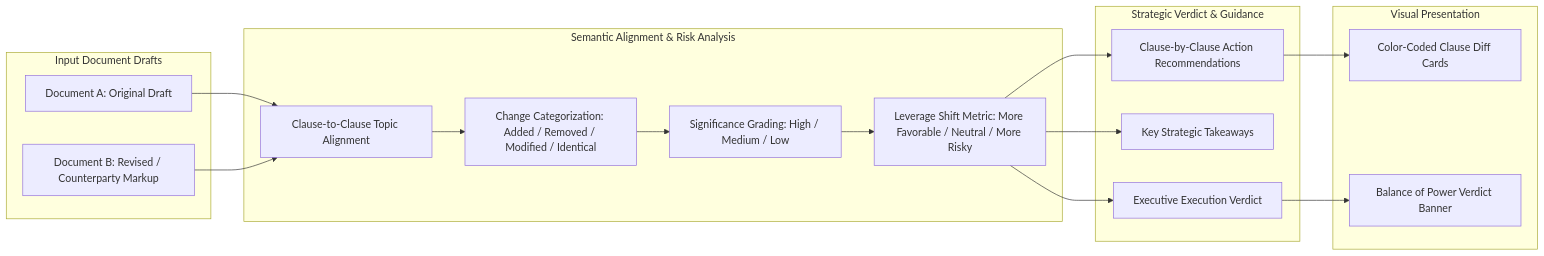
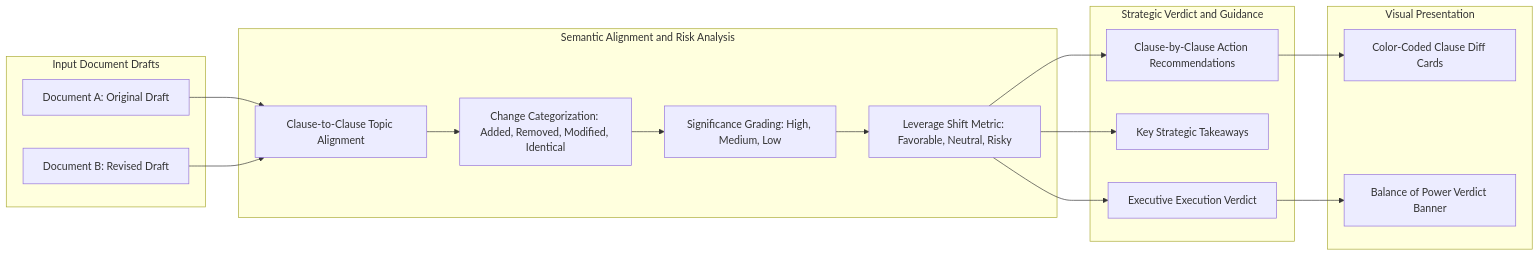
Before and after one commit to RiyanshiVerma-11/ClarifyLegal: the fifth of 10 diagrams in README.md, drawn with Mermaid. The commit also changed other lines of this file, not shown here.

First line of the commit message:
docs: update architecture diagram in README

````diff
--- a/README.md
+++ b/README.md
@@ -255,36 +254,36 @@
 ```mermaid
 graph LR
     subgraph InputDrafts [Input Document Drafts]
-        DocA[Document A: Original Draft]
-        DocB[Document B: Revised / Counterparty Markup]
+        DocA["Document A: Original Draft"]
+        DocB["Document B: Revised Draft"]
     end
 
-    subgraph SemanticDiffEngine [Semantic Alignment & Risk Analysis]
-        Align[Clause-to-Clause Topic Alignment]
-        Detect[Change Categorization: Added / Removed / Modified / Identical]
-        Impact[Significance Grading: High / Medium / Low]
-        Shift[Leverage Shift Metric: More Favorable / Neutral / More Risky]
+    subgraph SemanticDiffEngine [Semantic Alignment and Risk Analysis]
+        Align["Clause-to-Clause Topic Alignment"]
+        Detect["Change Categorization: Added, Removed, Modified, Identical"]
+        Impact["Significance Grading: High, Medium, Low"]
+        Shift["Leverage Shift Metric: Favorable, Neutral, Risky"]
     end
 
-    subgraph OutputSynthesis [Strategic Verdict & Guidance]
-        Verdict[Executive Execution Verdict]
-        Takeaways[Key Strategic Takeaways]
-        Recommendations[Clause-by-Clause Action Recommendations]
+    subgraph OutputSynthesis [Strategic Verdict and Guidance]
+        Verdict["Executive Execution Verdict"]
+        Takeaways["Key Strategic Takeaways"]
+        Recommendations["Clause-by-Clause Action Recommendations"]
     end
 
     subgraph UIViewer [Visual Presentation]
-        DiffCards[Color-Coded Clause Diff Cards]
-        VerdictBanner[Balance of Power Verdict Banner]
+        DiffCards["Color-Coded Clause Diff Cards"]
+        VerdictBanner["Balance of Power Verdict Banner"]
     end
 
     DocA --> Align
     DocB --> Align
     Align --> Detect
     Detect --> Impact
     Impact --> Shift
     Shift --> Verdict
     Shift --> Takeaways
     Shift --> Recommendations
     Verdict --> VerdictBanner
     Recommendations --> DiffCards
 ```
````
